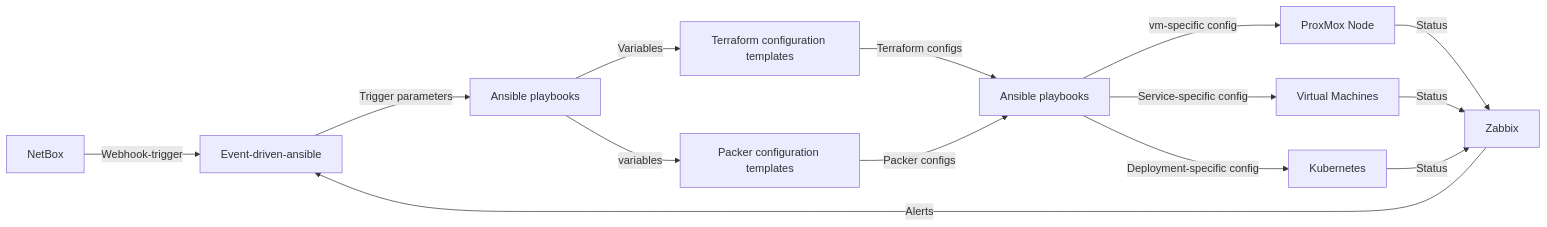
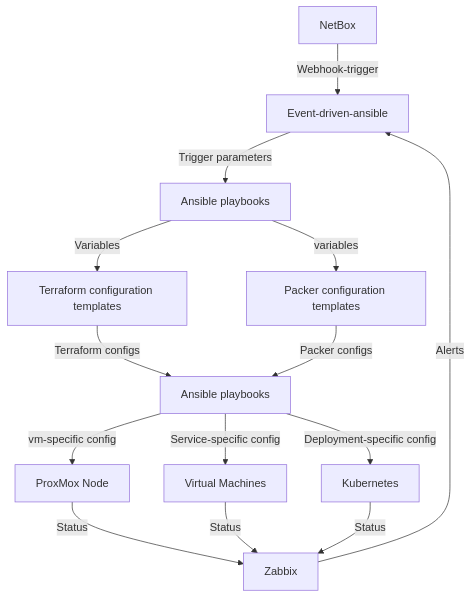
One commit to DeclerckLouis/eindwerk changed the second of 2 diagrams in README.md. Above: the diagram before and after it, drawn with Mermaid.

Commit message:
diagram update

````diff
--- a/README.md
+++ b/README.md
@@ -93,16 +93,16 @@
 ```mermaid
-graph LR
+graph TD
     A[NetBox] --> |Webhook-trigger| B[Event-driven-ansible]
     B --> |Trigger parameters| C[Ansible playbooks]
     C --> |Variables| D[Terraform configuration templates]
     C --> |variables| E[Packer configuration templates]
     D --> |Terraform configs| F[Ansible playbooks]
     E --> |Packer configs| F
     F --> |vm-specific config| G[ProxMox Node]
     F --> |Service-specific config| H[Virtual Machines]
     F --> |Deployment-specific config| I[Kubernetes]
     G --> |Status| J[Zabbix]
     H --> |Status| J
     I --> |Status| J
     J --> |Alerts| B
 ```
````
